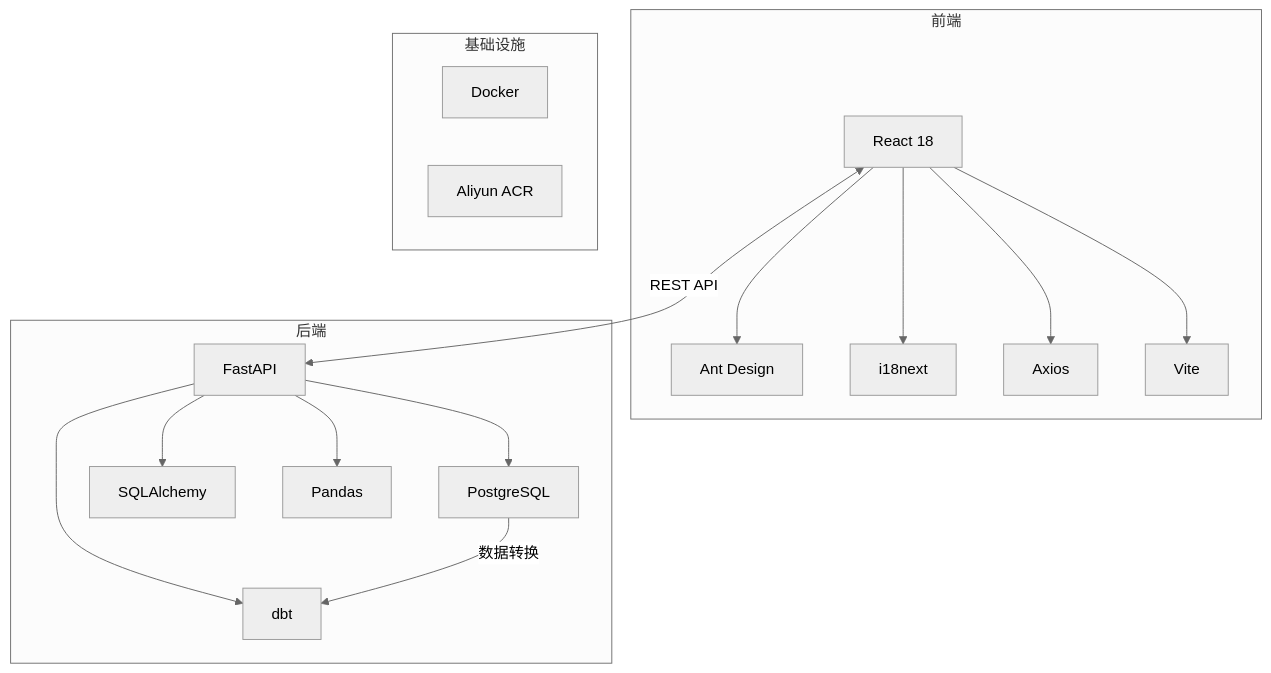
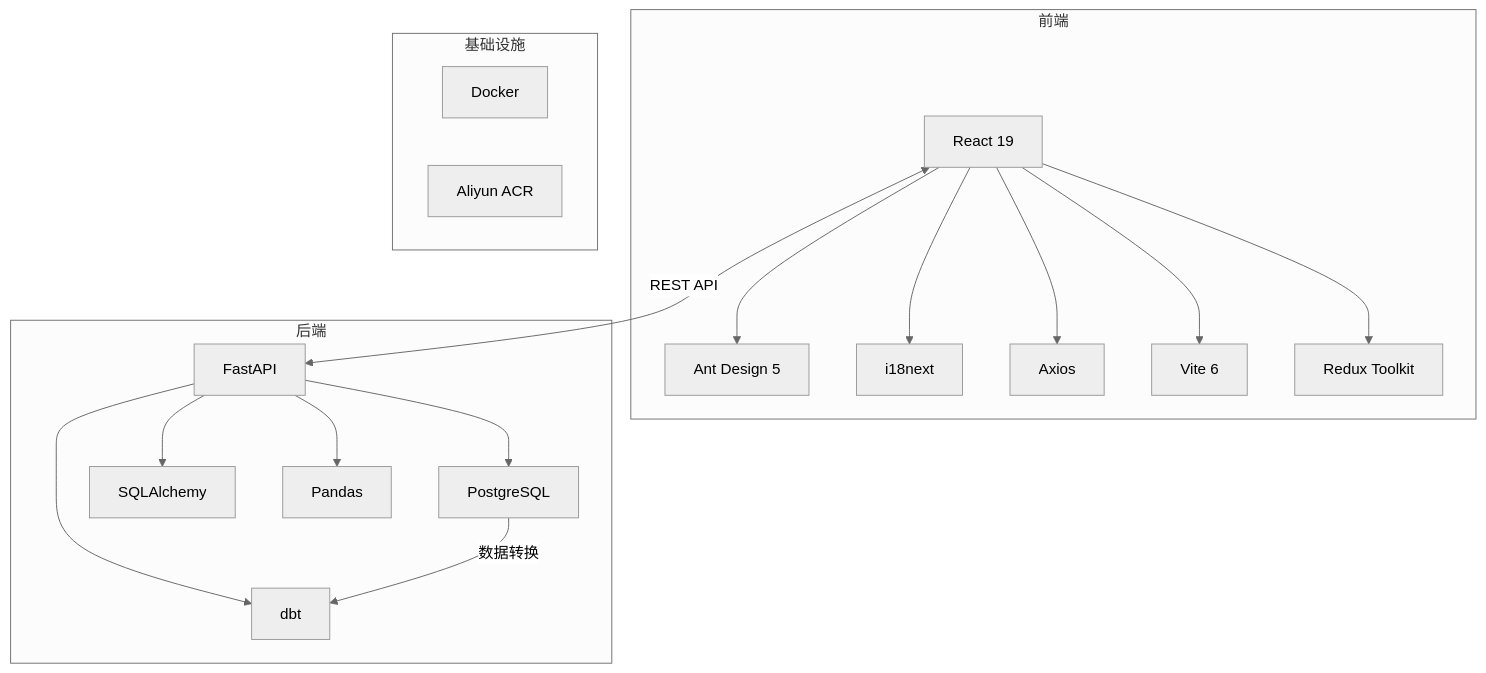
Before and after one commit to vmxmy/salary_system_v2: the first of 2 diagrams in memory-bank/system-architecture.md, drawn with Mermaid (neutral theme). The commit also changed other lines of this file and 58 other files, not shown here.

````diff
--- a/memory-bank/system-architecture.md
+++ b/memory-bank/system-architecture.md
@@ -16,24 +16,25 @@
 ```mermaid
 graph TD
     subgraph 前端
-        A[React 18] --> B[Ant Design]
+        A[React 19] --> B[Ant Design 5]
         A --> C[i18next]
         A --> D[Axios]
-        A --> E[Vite]
+        A --> E[Vite 6]
+        A --> R[Redux Toolkit]
     end
 
     subgraph 后端
         F[FastAPI] --> G[PostgreSQL]
         F --> H[SQLAlchemy]
         F --> I[dbt]
         F --> J[Pandas]
     end
 
     subgraph 基础设施
         K[Docker]
         L[Aliyun ACR]
     end
 
     A <-->|REST API| F
     G -->|数据转换| I
 ```
````
